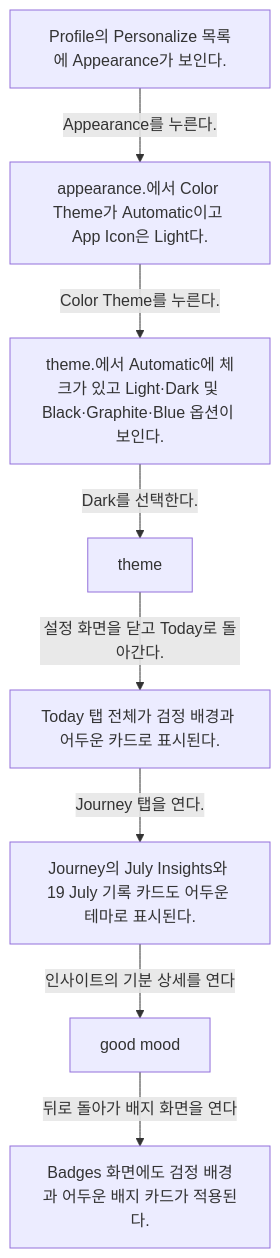
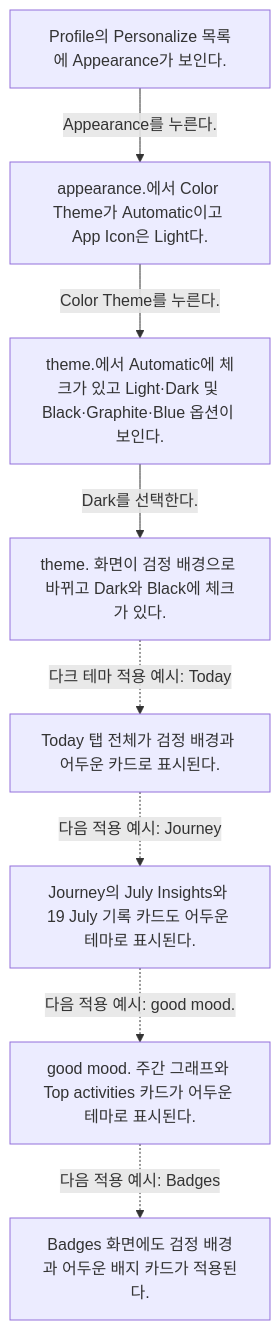
One commit to Dev-Corgi/Stoic-Build-Clone-Test changed the diagram in docs/Stoic/flows/switching-to-dark-mode-from-profile-941037fb/README.md. Above: the diagram before and after it, drawn with Mermaid. The commit also changed other lines of this file and 23 other files, not shown here.

Commit message:
docs: verify Stoic flows with user-confirmed transitions

````diff
--- a/docs/Stoic/flows/switching-to-dark-mode-from-profile-941037fb/README.md
+++ b/docs/Stoic/flows/switching-to-dark-mode-from-profile-941037fb/README.md
@@ -8,18 +8,18 @@
 ```mermaid
 flowchart TD
   S1["Profile의 Personalize 목록에 Appearance가 보인다."]
   S1 -->|Appearance를 누른다.| S2
   S2["appearance.에서 Color Theme가 Automatic이고 App Icon은 Light다."]
   S2 -->|Color Theme를 누른다.| S3
   S3["theme.에서 Automatic에 체크가 있고 Light·Dark 및 Black·Graphite·Blue 옵션이 보인다."]
   S3 -->|Dark를 선택한다.| S4
-  S4["theme"]
-  S4 -->|설정 화면을 닫고 Today로 돌아간다.| S5
+  S4["theme. 화면이 검정 배경으로 바뀌고 Dark와 Black에 체크가 있다."]
+  S4 -.->|다크 테마 적용 예시: Today| S5
   S5["Today 탭 전체가 검정 배경과 어두운 카드로 표시된다."]
-  S5 -->|Journey 탭을 연다.| S6
+  S5 -.->|다음 적용 예시: Journey| S6
   S6["Journey의 July Insights와 19 July 기록 카드도 어두운 테마로 표시된다."]
-  S6 -->|인사이트의 기분 상세를 연다| S7
-  S7["good mood"]
-  S7 -->|뒤로 돌아가 배지 화면을 연다| S8
+  S6 -.->|다음 적용 예시: good mood.| S7
+  S7["good mood. 주간 그래프와 Top activities 카드가 어두운 테마로 표시된다."]
+  S7 -.->|다음 적용 예시: Badges| S8
   S8["Badges 화면에도 검정 배경과 어두운 배지 카드가 적용된다."]
 ```
````
